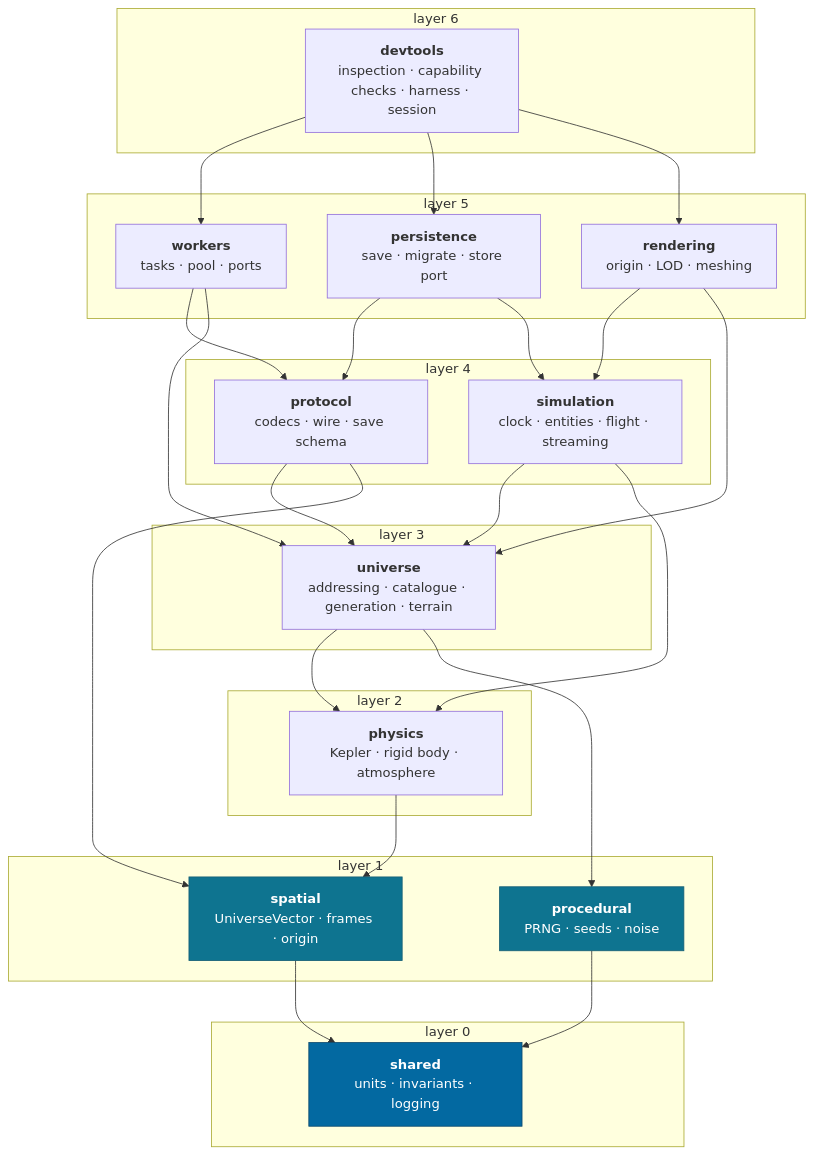
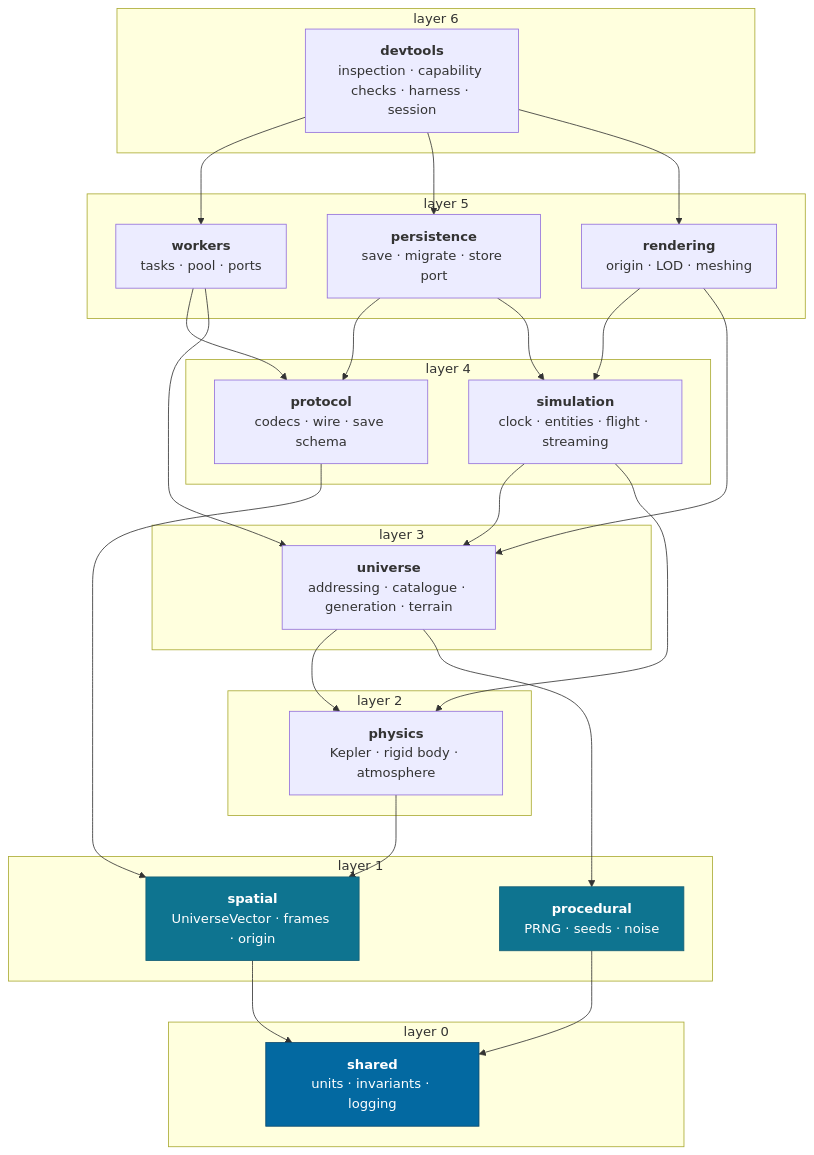
One commit to jonjaques/inertialref changed the second of 6 diagrams in docs/architecture.md. Above: the diagram before and after it, drawn with Mermaid. The commit also changed other lines of this file and 24 other files, not shown here.

````diff
--- a/docs/architecture.md
+++ b/docs/architecture.md
@@ -37,43 +37,43 @@
 ```mermaid
 flowchart TB
     subgraph L6["layer 6"]
         DEV["<b>devtools</b><br/>inspection · capability checks · harness · session"]
     end
     subgraph L5["layer 5"]
         WRK["<b>workers</b><br/>tasks · pool · ports"]
         PER["<b>persistence</b><br/>save · migrate · store port"]
         REN["<b>rendering</b><br/>origin · LOD · meshing"]
     end
     subgraph L4["layer 4"]
         SIM["<b>simulation</b><br/>clock · entities · flight · streaming"]
         PRO["<b>protocol</b><br/>codecs · wire · save schema"]
     end
     subgraph L3["layer 3"]
         UNI["<b>universe</b><br/>addressing · catalogue · generation · terrain"]
     end
     subgraph L2["layer 2"]
         PHY["<b>physics</b><br/>Kepler · rigid body · atmosphere"]
     end
     subgraph L1["layer 1"]
         SPA["<b>spatial</b><br/>UniverseVector · frames · origin"]
         PCD["<b>procedural</b><br/>PRNG · seeds · noise"]
     end
     subgraph L0["layer 0"]
         SHR["<b>shared</b><br/>units · invariants · logging"]
     end
 
     DEV --> WRK & PER & REN
     WRK --> PRO & UNI
     PER --> PRO & SIM
     REN --> SIM & UNI
     SIM --> UNI & PHY
-    PRO --> UNI & SPA
+    PRO --> SPA
     UNI --> PHY & PCD
     PHY --> SPA
     SPA --> SHR
     PCD --> SHR
 
     style SHR fill:#0369a1,stroke:#0c4a6e,color:#fff
     style SPA fill:#0e7490,stroke:#155e75,color:#fff
     style PCD fill:#0e7490,stroke:#155e75,color:#fff
 ```
````
